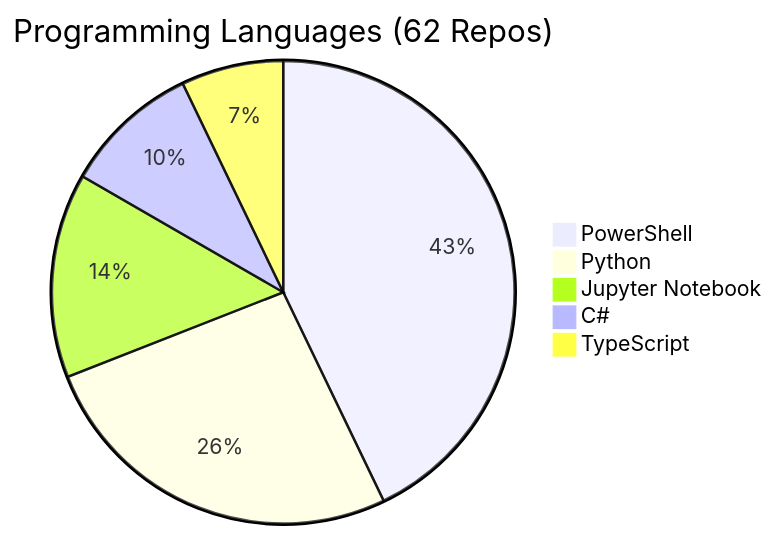
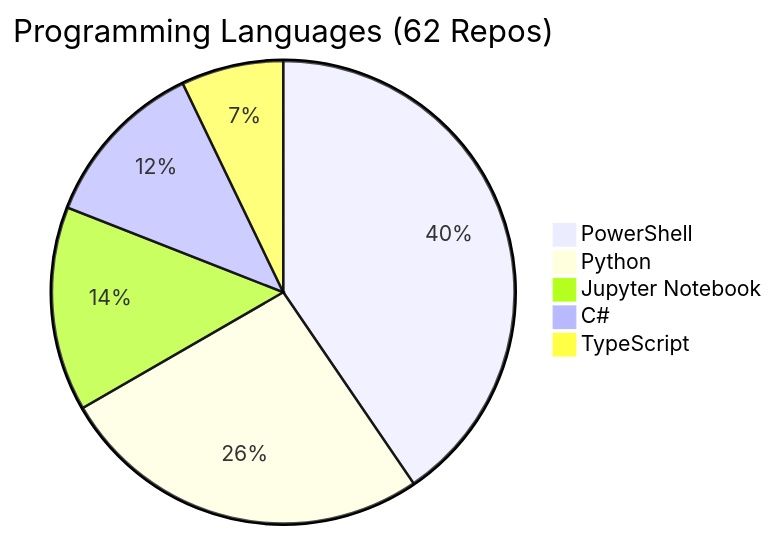
One commit to fabioc-aloha/fabioc-aloha changed the diagram in REPOS.md. Above: the diagram before and after it, drawn with Mermaid. The commit also changed other lines of this file and 1 other file, not shown here.

````diff
--- a/REPOS.md
+++ b/REPOS.md
@@ -105,8 +105,8 @@
 ```mermaid
 pie title Programming Languages (62 Repos)
-    "PowerShell" : 18
+    "PowerShell" : 17
     "Python" : 11
     "Jupyter Notebook" : 6
-    "C#" : 4
+    "C#" : 5
     "TypeScript" : 3
 ```
````
